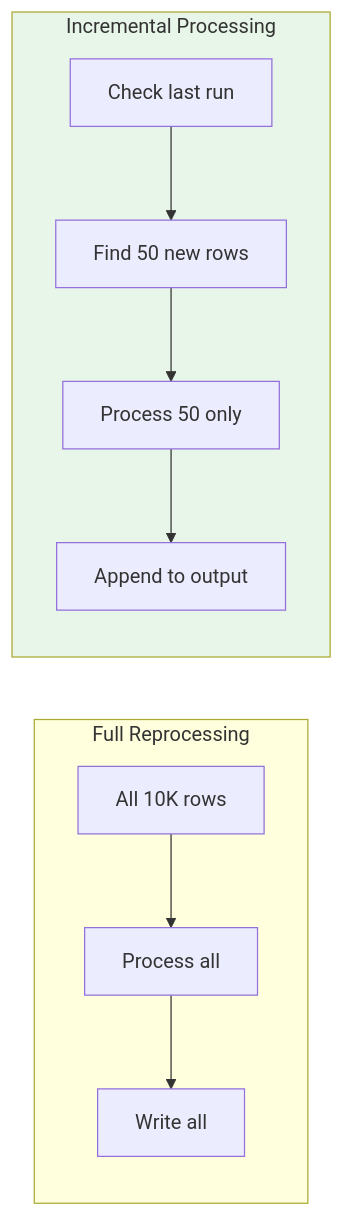
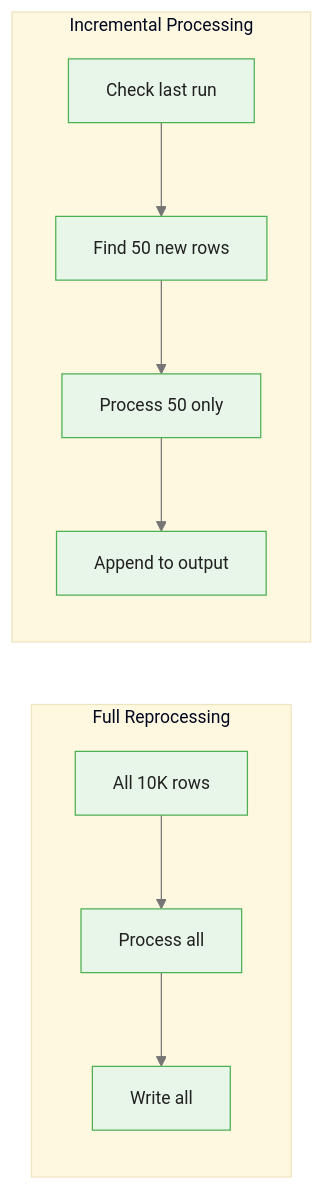
The sixth of 6 diagrams in courses/dataiku-genai/modules/module_03_custom/guides/03_pipeline_integration_slides.md (m-deane/course-creator), drawn with Mermaid before and after one commit. The commit also changed other lines of this file and 54 other files, not shown here.

````diff
--- a/courses/dataiku-genai/modules/module_03_custom/guides/03_pipeline_integration_slides.md
+++ b/courses/dataiku-genai/modules/module_03_custom/guides/03_pipeline_integration_slides.md
@@ -419,15 +420,14 @@
 ```mermaid
+%%{init: {"theme": "base", "themeVariables": {"primaryColor": "#e8f5e9", "primaryBorderColor": "#4caf50", "primaryTextColor": "#212121", "secondaryColor": "#e3f2fd", "tertiaryColor": "#fff8e1", "lineColor": "#757575", "fontFamily": "Inter, sans-serif", "fontSize": "14px"}}}%%
 flowchart LR
     subgraph Full[Full Reprocessing]
         FA[All 10K rows] --> FB[Process all]
         FB --> FC[Write all]
     end
 
     subgraph Incremental[Incremental Processing]
         IA[Check last run] --> IB[Find 50 new rows]
         IB --> IC[Process 50 only]
         IC --> ID[Append to output]
     end
-
-    style Incremental fill:#e8f5e9
 ```
````
